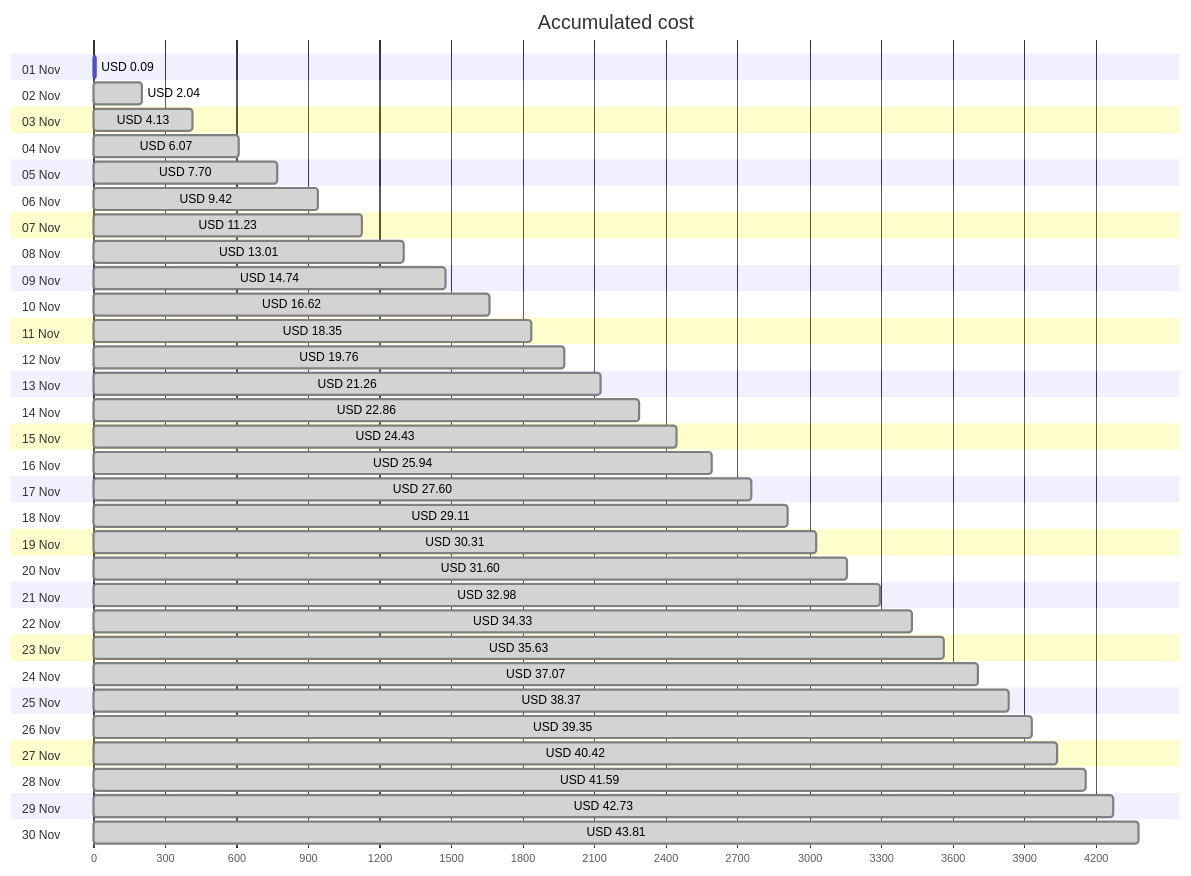
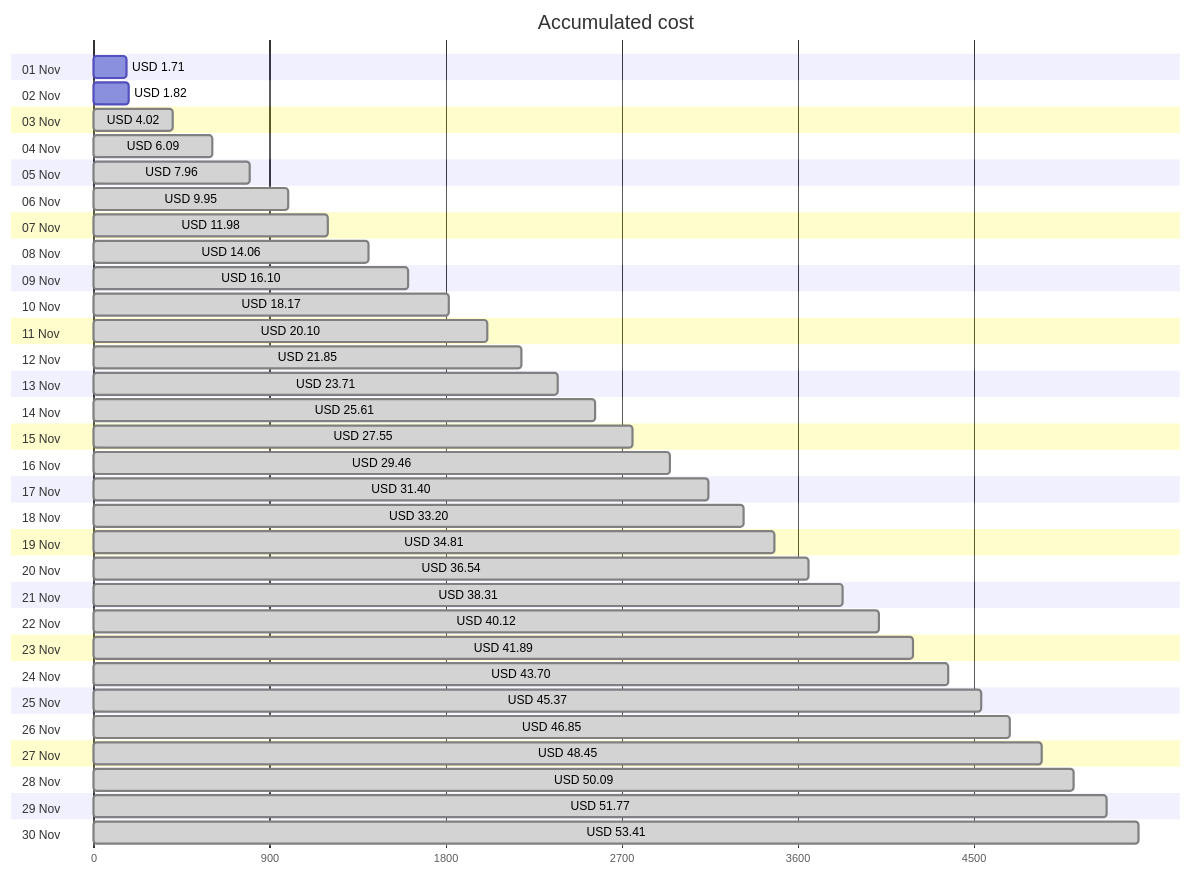
The first of 4 diagrams in cost-reports/accumulated-cost.md (jpfulton/azure-personal-reports), drawn with Mermaid before and after one commit. The commit also changed other lines of this file and 4 other files, not shown here.

````diff
--- a/cost-reports/accumulated-cost.md
+++ b/cost-reports/accumulated-cost.md
@@ -20,66 +20,66 @@
 ```mermaid
 gantt
    title Accumulated cost
    dateFormat  X
    axisFormat %s
    section 01 Nov
-   USD 0.09 :0, 9
+   USD 1.71 :0, 171
    section 02 Nov
-   USD 2.04 : done, 0, 204
+   USD 1.82 :0, 182
    section 03 Nov
-   USD 4.13 : done, 0, 413
+   USD 4.02 : done, 0, 402
    section 04 Nov
-   USD 6.07 : done, 0, 607
+   USD 6.09 : done, 0, 609
    section 05 Nov
-   USD 7.70 : done, 0, 770
+   USD 7.96 : done, 0, 796
    section 06 Nov
-   USD 9.42 : done, 0, 942
+   USD 9.95 : done, 0, 995
    section 07 Nov
-   USD 11.23 : done, 0, 1123
+   USD 11.98 : done, 0, 1198
    section 08 Nov
-   USD 13.01 : done, 0, 1301
+   USD 14.06 : done, 0, 1406
    section 09 Nov
-   USD 14.74 : done, 0, 1474
+   USD 16.10 : done, 0, 1610
    section 10 Nov
-   USD 16.62 : done, 0, 1662
+   USD 18.17 : done, 0, 1817
    section 11 Nov
-   USD 18.35 : done, 0, 1835
+   USD 20.10 : done, 0, 2010
    section 12 Nov
-   USD 19.76 : done, 0, 1976
+   USD 21.85 : done, 0, 2185
    section 13 Nov
-   USD 21.26 : done, 0, 2126
+   USD 23.71 : done, 0, 2371
    section 14 Nov
-   USD 22.86 : done, 0, 2286
+   USD 25.61 : done, 0, 2561
    section 15 Nov
-   USD 24.43 : done, 0, 2443
+   USD 27.55 : done, 0, 2755
    section 16 Nov
-   USD 25.94 : done, 0, 2594
+   USD 29.46 : done, 0, 2946
    section 17 Nov
-   USD 27.60 : done, 0, 2760
+   USD 31.40 : done, 0, 3140
    section 18 Nov
-   USD 29.11 : done, 0, 2911
+   USD 33.20 : done, 0, 3320
    section 19 Nov
-   USD 30.31 : done, 0, 3031
+   USD 34.81 : done, 0, 3481
    section 20 Nov
-   USD 31.60 : done, 0, 3160
+   USD 36.54 : done, 0, 3654
    section 21 Nov
-   USD 32.98 : done, 0, 3298
+   USD 38.31 : done, 0, 3831
    section 22 Nov
-   USD 34.33 : done, 0, 3433
+   USD 40.12 : done, 0, 4012
    section 23 Nov
-   USD 35.63 : done, 0, 3563
+   USD 41.89 : done, 0, 4189
    section 24 Nov
-   USD 37.07 : done, 0, 3707
+   USD 43.70 : done, 0, 4370
    section 25 Nov
-   USD 38.37 : done, 0, 3837
+   USD 45.37 : done, 0, 4537
    section 26 Nov
-   USD 39.35 : done, 0, 3935
+   USD 46.85 : done, 0, 4685
    section 27 Nov
-   USD 40.42 : done, 0, 4042
+   USD 48.45 : done, 0, 4845
    section 28 Nov
-   USD 41.59 : done, 0, 4159
+   USD 50.09 : done, 0, 5009
    section 29 Nov
-   USD 42.73 : done, 0, 4273
+   USD 51.77 : done, 0, 5177
    section 30 Nov
-   USD 43.81 : done, 0, 4381
+   USD 53.41 : done, 0, 5341
 ```
````
